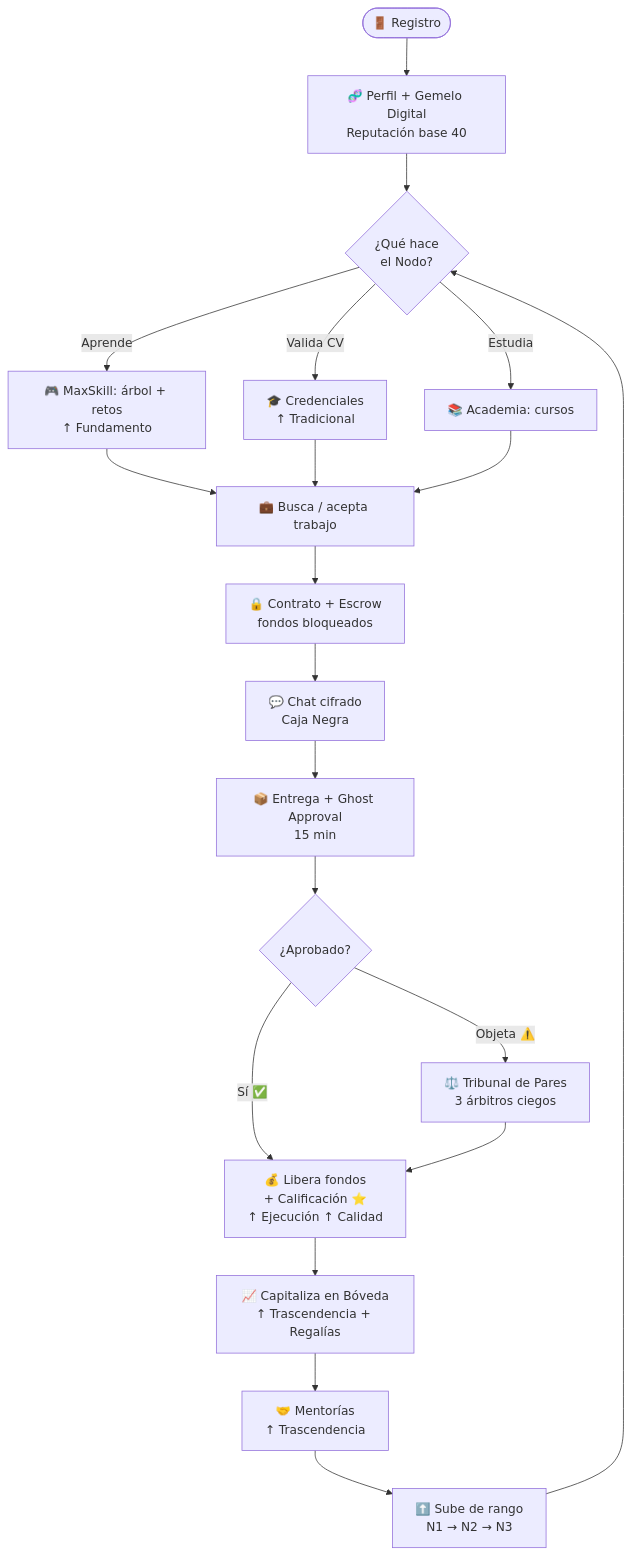
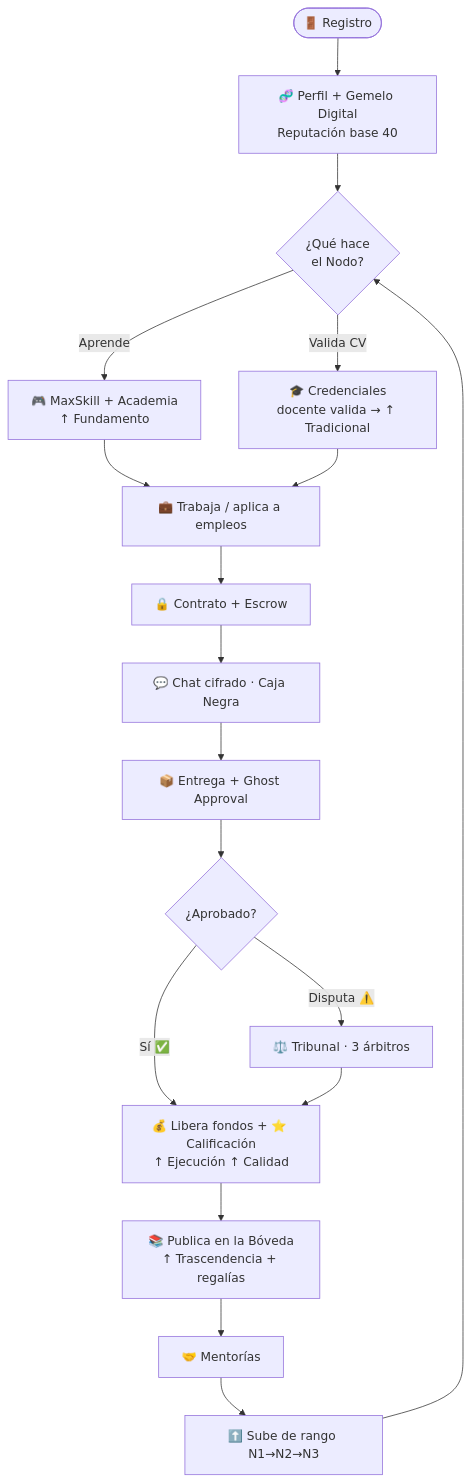
The diagram in BITACORA_MAESTRA.md (paillamilm-blip/Sistema-omicrom), drawn with Mermaid before and after one commit. The commit also changed other lines of this file, not shown here.

````diff
--- a/BITACORA_MAESTRA.md
+++ b/BITACORA_MAESTRA.md
@@ -48,27 +48,25 @@
 ```mermaid
 flowchart TD
     A([🚪 Registro]) --> B[🧬 Perfil + Gemelo Digital<br/>Reputación base 40]
     B --> C{¿Qué hace<br/>el Nodo?}
 
-    C -->|Aprende| D[🎮 MaxSkill: árbol + retos<br/>↑ Fundamento]
-    C -->|Valida CV| E[🎓 Credenciales<br/>↑ Tradicional]
-    C -->|Estudia| F[📚 Academia: cursos]
+    C -->|Aprende| D[🎮 MaxSkill + Academia<br/>↑ Fundamento]
+    C -->|Valida CV| E[🎓 Credenciales<br/>docente valida → ↑ Tradicional]
 
-    D --> G[💼 Busca / acepta trabajo]
+    D --> G[💼 Trabaja / aplica a empleos]
     E --> G
-    F --> G
 
-    G --> H[🔒 Contrato + Escrow<br/>fondos bloqueados]
-    H --> I[💬 Chat cifrado<br/>Caja Negra]
-    I --> J[📦 Entrega + Ghost Approval<br/>15 min]
+    G --> H[🔒 Contrato + Escrow]
+    H --> I[💬 Chat cifrado · Caja Negra]
+    I --> J[📦 Entrega + Ghost Approval]
     J --> K{¿Aprobado?}
 
-    K -->|Sí ✅| L[💰 Libera fondos<br/>+ Calificación ⭐<br/>↑ Ejecución ↑ Calidad]
-    K -->|Objeta ⚠️| M[⚖️ Tribunal de Pares<br/>3 árbitros ciegos]
+    K -->|Sí ✅| L[💰 Libera fondos + ⭐ Calificación<br/>↑ Ejecución ↑ Calidad]
+    K -->|Disputa ⚠️| M[⚖️ Tribunal · 3 árbitros]
 
-    L --> N[📈 Capitaliza en Bóveda<br/>↑ Trascendencia + Regalías]
-    N --> O[🤝 Mentorías<br/>↑ Trascendencia]
-    O --> P[⬆️ Sube de rango<br/>N1 → N2 → N3]
+    L --> N[📚 Publica en la Bóveda<br/>↑ Trascendencia + regalías]
+    N --> O[🤝 Mentorías]
+    O --> P[⬆️ Sube de rango N1→N2→N3]
     P --> C
     M --> L
 ```
````
